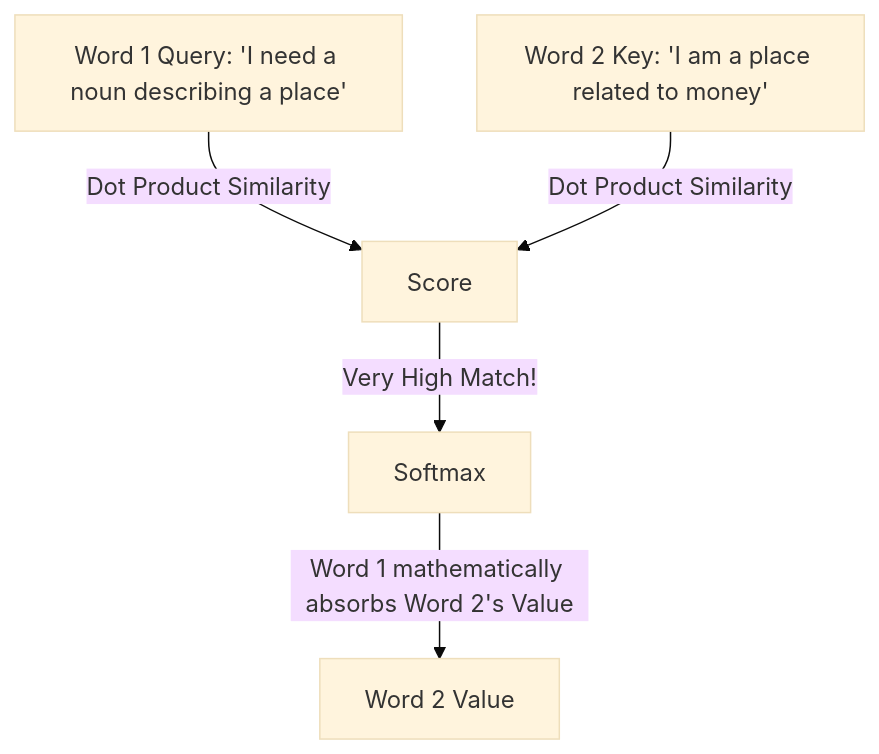
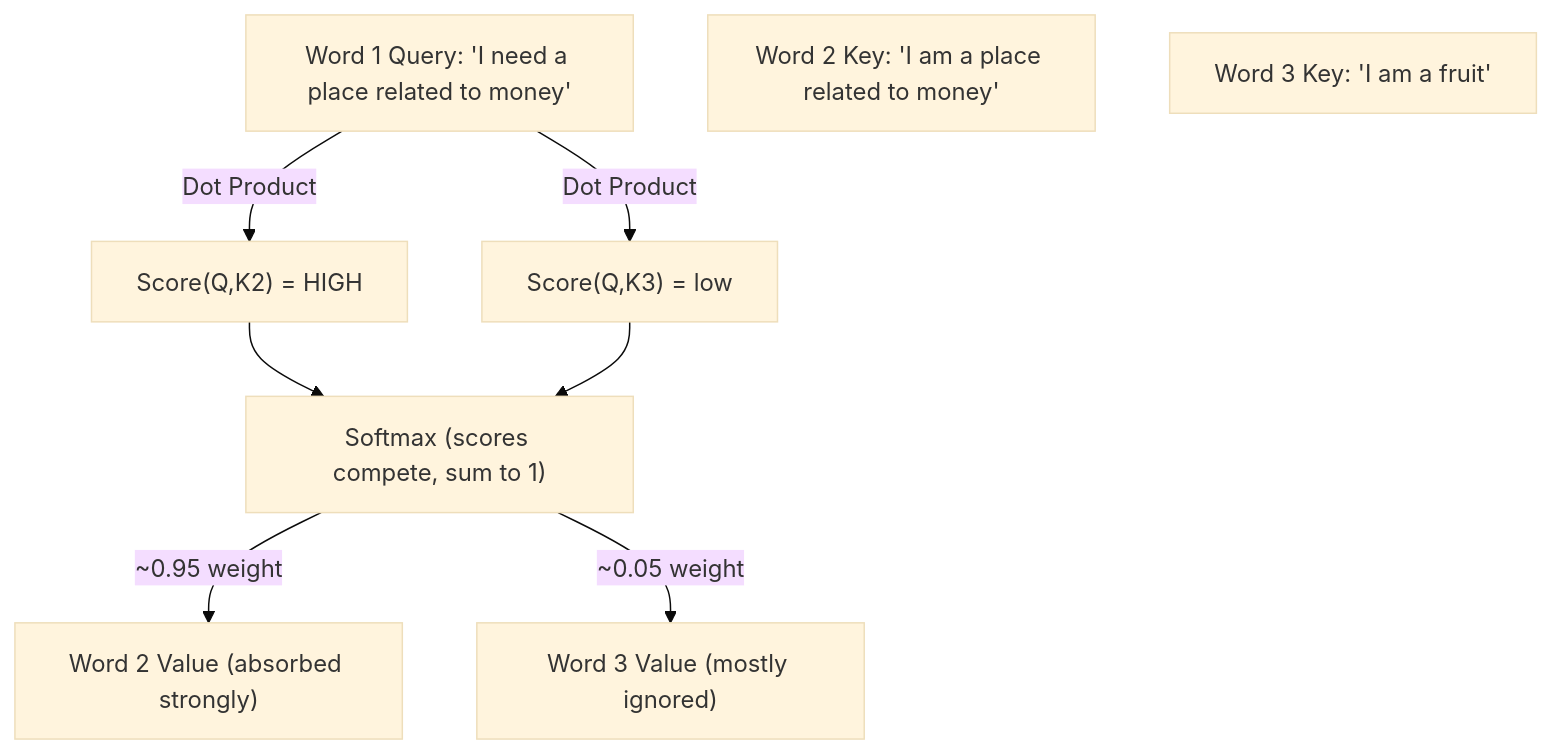
One commit to alimaksudi/llm_workout changed the second of 2 diagrams in docs/01_math_and_building_blocks.md. Above: the diagram before and after it, drawn with Mermaid (base theme). The commit also changed other lines of this file and 26 other files, not shown here.

````diff
--- a/docs/01_math_and_building_blocks.md
+++ b/docs/01_math_and_building_blocks.md
@@ -66,11 +77,16 @@
 ```mermaid
 graph TD
-    Q[Word 1 Query: 'I need a noun describing a place'] 
-    K[Word 2 Key: 'I am a place related to money']
-    
-    Q -->|Dot Product Similarity| Score
-    K -->|Dot Product Similarity| Score
-    
-    Score -->|Very High Match!| Softmax
-    Softmax -->|Word 1 mathematically absorbs Word 2's Value| V[Word 2 Value]
+    Q["Word 1 Query: 'I need a place related to money'"]
+
+    K2["Word 2 Key: 'I am a place related to money'"]
+    K3["Word 3 Key: 'I am a fruit'"]
+
+    Q -->|Dot Product| S2["Score(Q,K2) = HIGH"]
+    Q -->|Dot Product| S3["Score(Q,K3) = low"]
+
+    S2 --> Softmax["Softmax (scores compete, sum to 1)"]
+    S3 --> Softmax
+
+    Softmax -->|"~0.95 weight"| V2["Word 2 Value (absorbed strongly)"]
+    Softmax -->|"~0.05 weight"| V3["Word 3 Value (mostly ignored)"]
 ```
````
